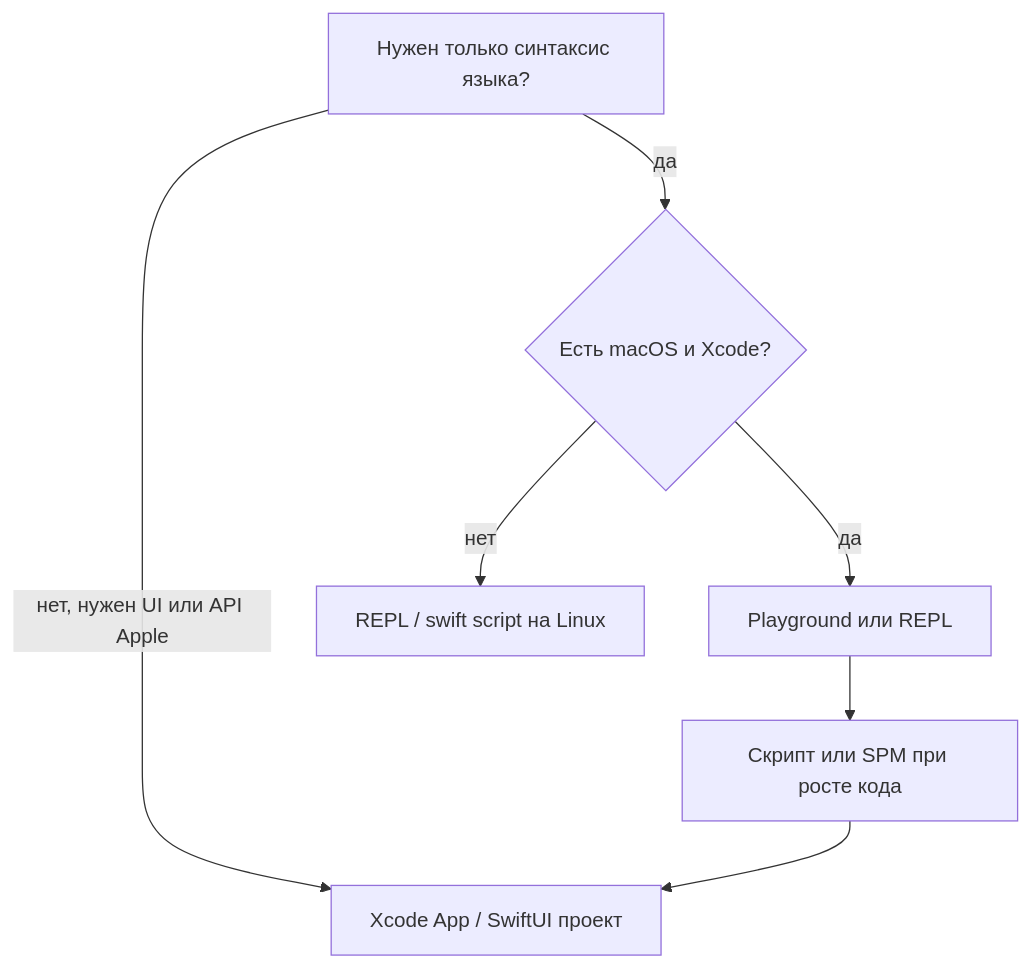
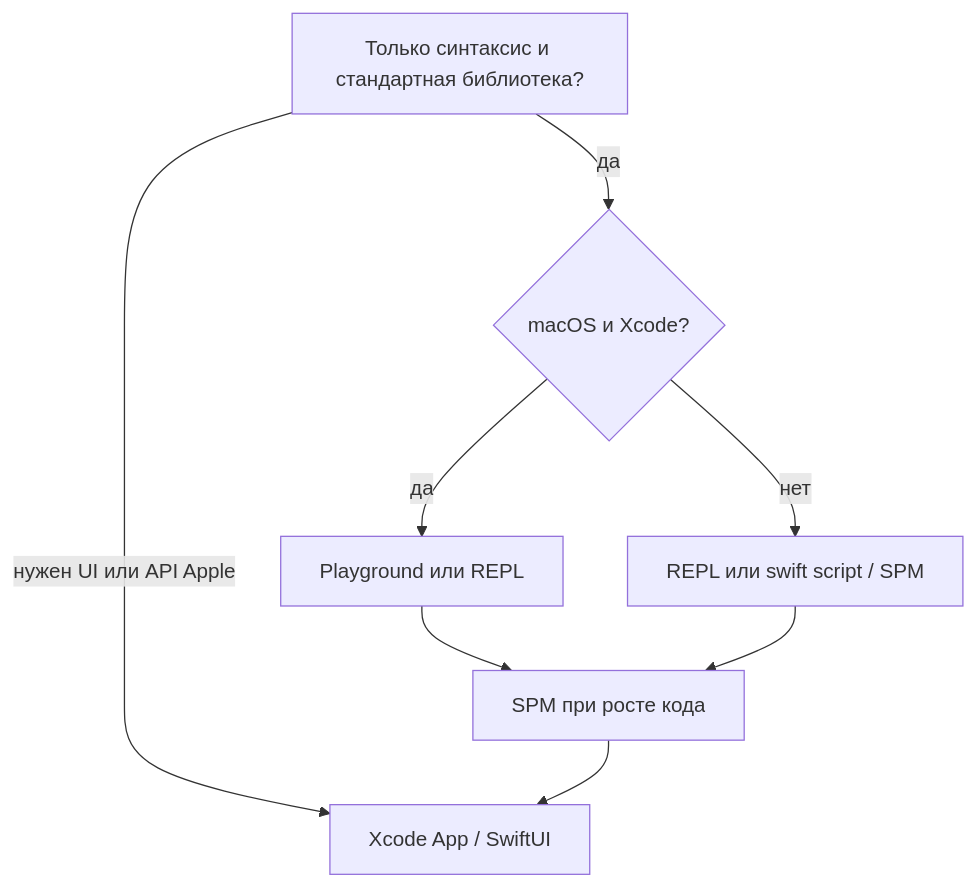
One commit to Spirzen/it-knowledge-base changed the diagram in docs/encyclopedia/5-languages/5-14-swift/22.md. Above: the diagram before and after it, drawn with Mermaid. The commit also changed other lines of this file and 176 other files, not shown here.

````diff
--- a/docs/encyclopedia/5-languages/5-14-swift/22.md
+++ b/docs/encyclopedia/5-languages/5-14-swift/22.md
@@ -145,9 +38,10 @@
 ```mermaid
 flowchart TD
-    A[Нужен только синтаксис языка?] -->|да| B{Есть macOS и Xcode?}
+    A[Только синтаксис и стандартная библиотека?] -->|да| B{macOS и Xcode?}
     B -->|да| C[Playground или REPL]
-    B -->|нет| D[REPL / swift script на Linux]
-    A -->|нет, нужен UI или API Apple| E[Xcode App / SwiftUI проект]
-    C --> F[Скрипт или SPM при росте кода]
+    B -->|нет| D[REPL или swift script / SPM]
+    A -->|нужен UI или API Apple| E[Xcode App / SwiftUI]
+    C --> F[SPM при росте кода]
+    D --> F
     F --> E
 ```
````
